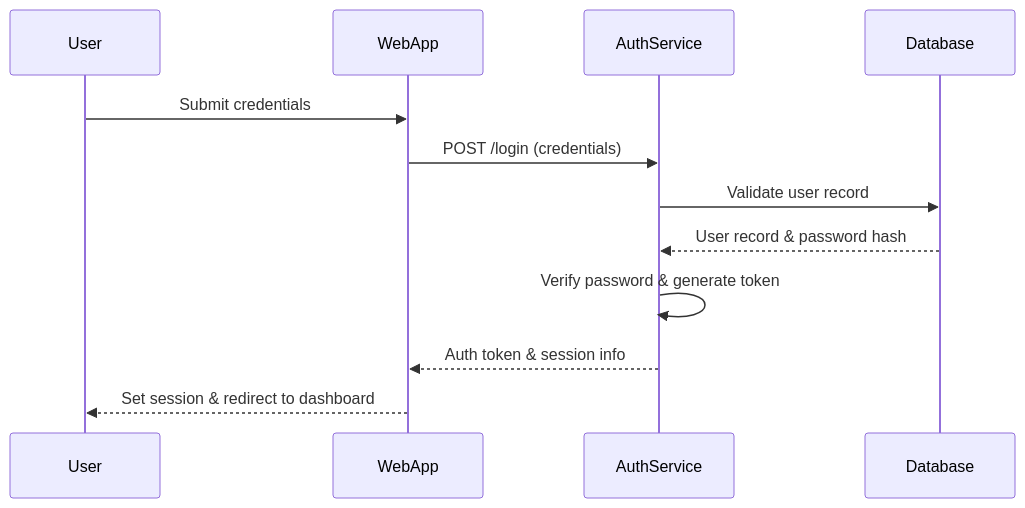
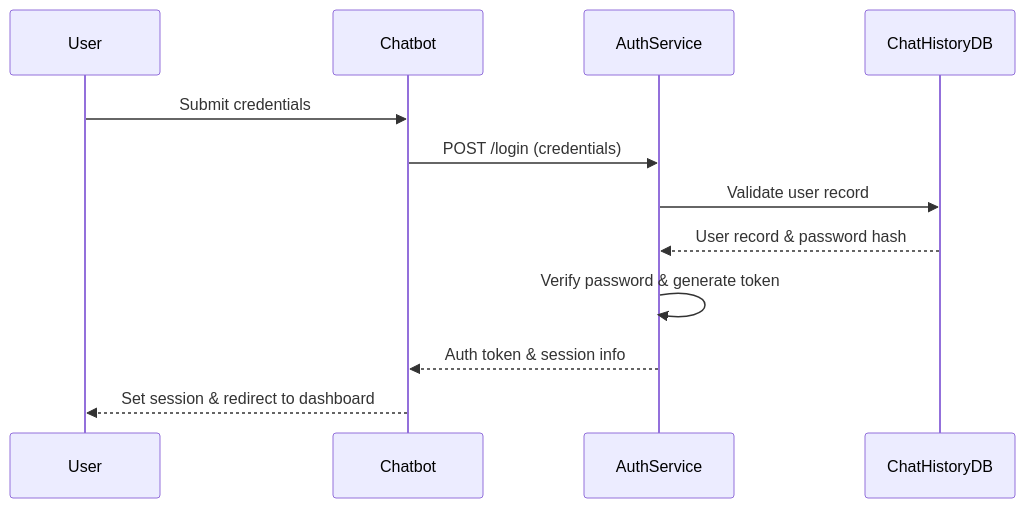
One commit to sidgyl-anz/guardrailsfe changed the second of 3 diagrams in diagrams.md. Above: the diagram before and after it, drawn with Mermaid. The commit also changed other lines of this file, not shown here.

````diff
--- a/diagrams.md
+++ b/diagrams.md
@@ -30,15 +30,15 @@
 ```mermaid
 sequenceDiagram
     participant User
-    participant WebApp
+    participant Chatbot
     participant AuthService
-    participant Database
+    participant ChatHistoryDB
 
-    User->>WebApp: Submit credentials
-    WebApp->>AuthService: POST /login (credentials)
-    AuthService->>Database: Validate user record
-    Database-->>AuthService: User record & password hash
+    User->>Chatbot: Submit credentials
+    Chatbot->>AuthService: POST /login (credentials)
+    AuthService->>ChatHistoryDB: Validate user record
+    ChatHistoryDB-->>AuthService: User record & password hash
     AuthService->>AuthService: Verify password & generate token
-    AuthService-->>WebApp: Auth token & session info
-    WebApp-->>User: Set session & redirect to dashboard
+    AuthService-->>Chatbot: Auth token & session info
+    Chatbot-->>User: Set session & redirect to dashboard
 ```
````
